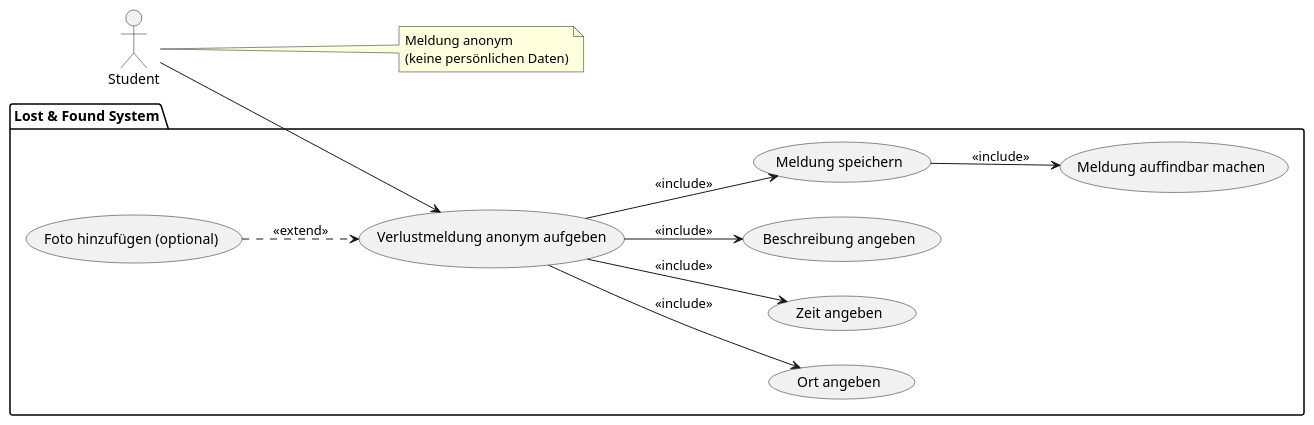
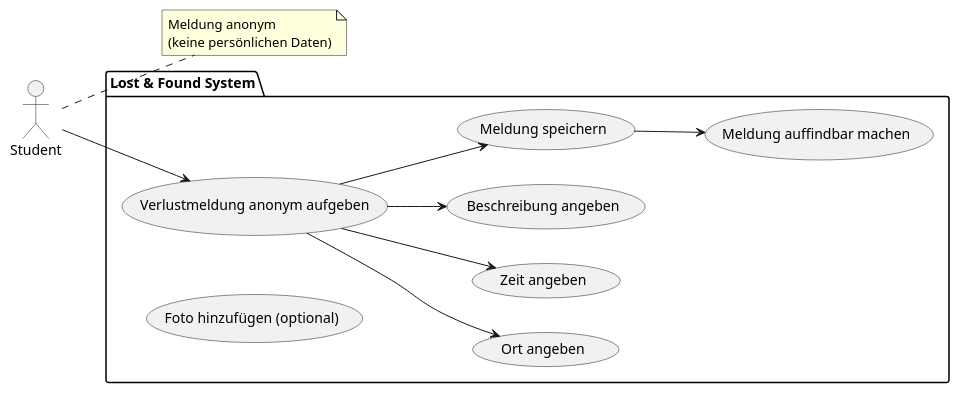
Before and after one commit to Tom0603/SoftwareEngineering_Lecture: the diagram in docs/architecture/use-case-user-story-1.puml, drawn with PlantUML.

Commit message:
Update use case user story 1

```diff
--- a/docs/architecture/use-case-user-story-1.puml
+++ b/docs/architecture/use-case-user-story-1.puml
@@ -1,28 +1,27 @@
 @startuml
 left to right direction
 actor "Student" as s
 note right of s
   Meldung anonym
   (keine persönlichen Daten)
 end note
 
 package "Lost & Found System" {
   usecase "Verlustmeldung anonym aufgeben" as UC1
   usecase "Ort angeben" as UC2
   usecase "Zeit angeben" as UC3
   usecase "Beschreibung angeben" as UC4
   usecase "Foto hinzufügen (optional)" as UC5
   usecase "Meldung speichern" as UC6
   usecase "Meldung auffindbar machen" as UC7
 }
 
 s --> UC1
 
-UC1 --> UC2 : <<include>>
-UC1 --> UC3 : <<include>>
-UC1 --> UC4 : <<include>>
-UC5 ..> UC1 : <<extend>>
+UC1 --> UC2
+UC1 --> UC3
+UC1 --> UC4
 
-UC1 --> UC6 : <<include>>
-UC6 --> UC7 : <<include>>
+UC1 --> UC6
+UC6 --> UC7
 @enduml
```
